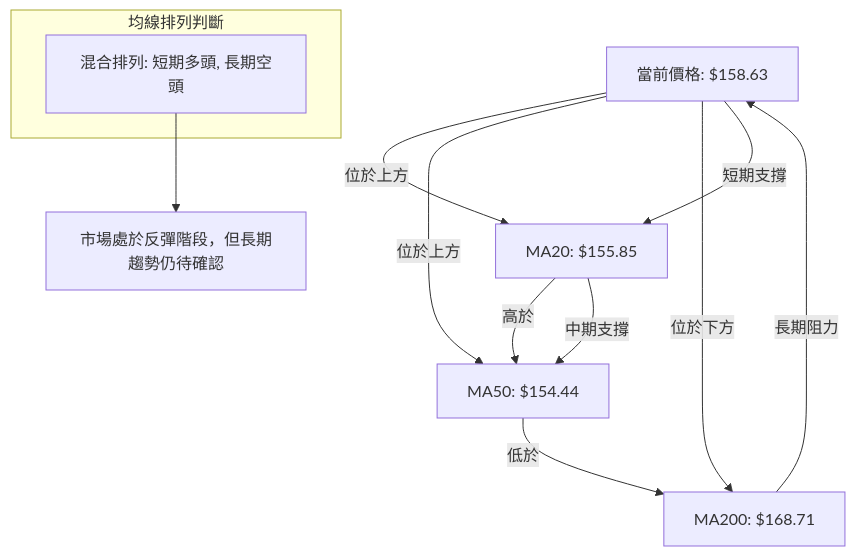
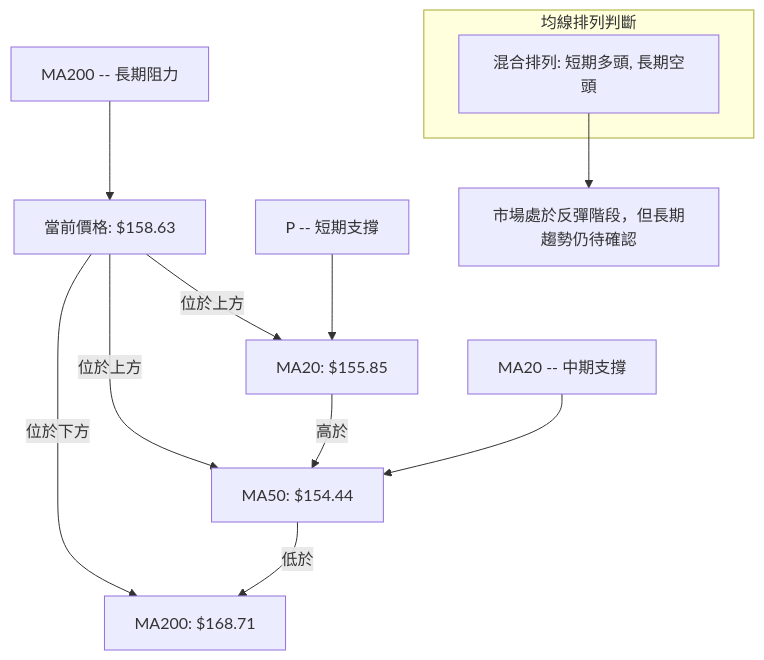
The seventh of 11 diagrams in ai_gen_report/stock/vst/technical_analysis_2026-07-01_gemini.md (yennanliu/finance_data), drawn with Mermaid before and after one commit. The commit also changed other lines of this file and 2258 other files, not shown here.

First line of the commit message:
chore: backfill Mermaid syntax repair across existing reports

````diff
--- a/ai_gen_report/stock/vst/technical_analysis_2026-07-01_gemini.md
+++ b/ai_gen_report/stock/vst/technical_analysis_2026-07-01_gemini.md
@@ -449,23 +449,23 @@
 ```mermaid
 graph TD
-    P[當前價格: $158.63]
-    MA20[MA20: $155.85]
-    MA50[MA50: $154.44]
-    MA200[MA200: $168.71]
+    P["當前價格: $158.63"]
+    MA20["MA20: $155.85"]
+    MA50["MA50: $154.44"]
+    MA200["MA200: $168.71"]
 
-    P --> |位於上方| MA20
-    P --> |位於上方| MA50
-    P --> |位於下方| MA200
+    P --> |"位於上方"| MA20
+    P --> |"位於上方"| MA50
+    P --> |"位於下方"| MA200
 
-    MA20 --> |高於| MA50
-    MA50 --> |低於| MA200
+    MA20 --> |"高於"| MA50
+    MA50 --> |"低於"| MA200
 
     subgraph 均線排列判斷
-        Direction[混合排列: 短期多頭, 長期空頭]
+        Direction["混合排列: 短期多頭, 長期空頭"]
     end
 
-    P -- 短期支撐 --> MA20
-    MA20 -- 中期支撐 --> MA50
-    MA200 -- 長期阻力 --> P
-    Direction --> 結論[市場處於反彈階段，但長期趨勢仍待確認]
+    nb1["P -- 短期支撐"] --> MA20
+    nb2["MA20 -- 中期支撐"] --> MA50
+    nb3["MA200 -- 長期阻力"] --> P
+    Direction --> 結論["市場處於反彈階段，但長期趨勢仍待確認"]
 ```
````
